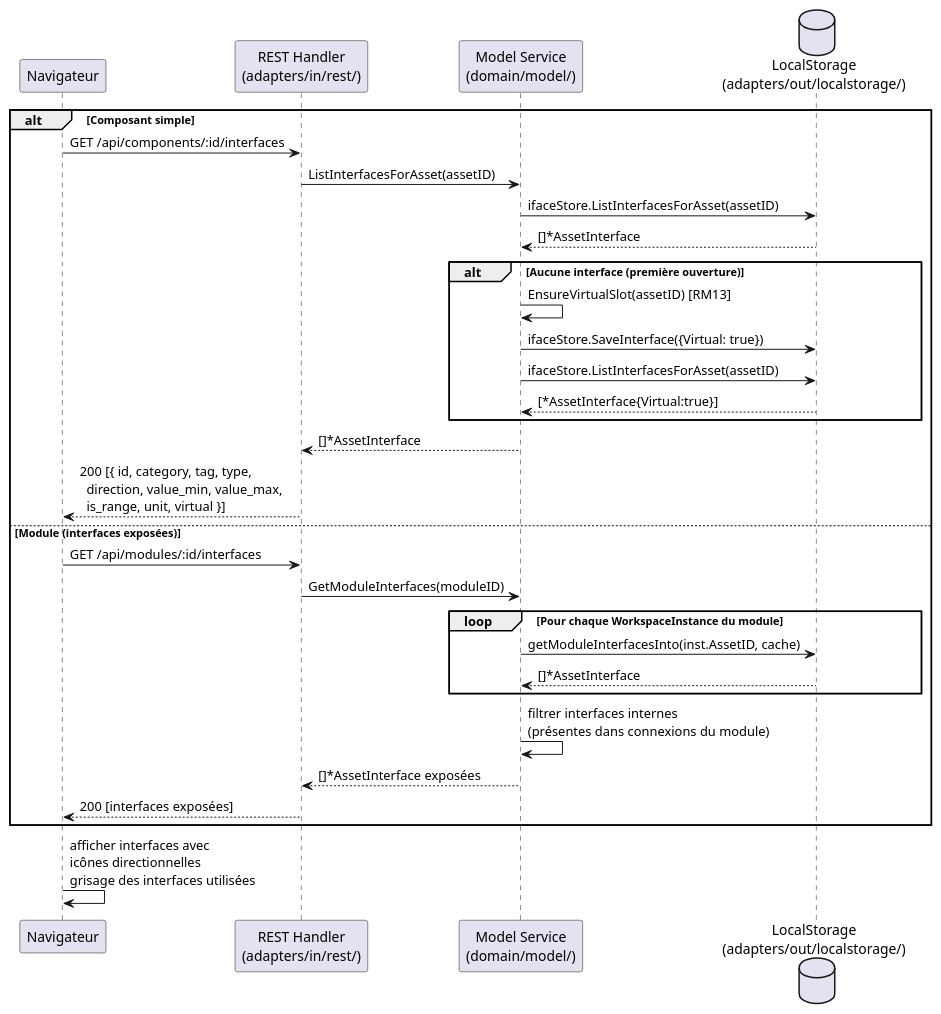
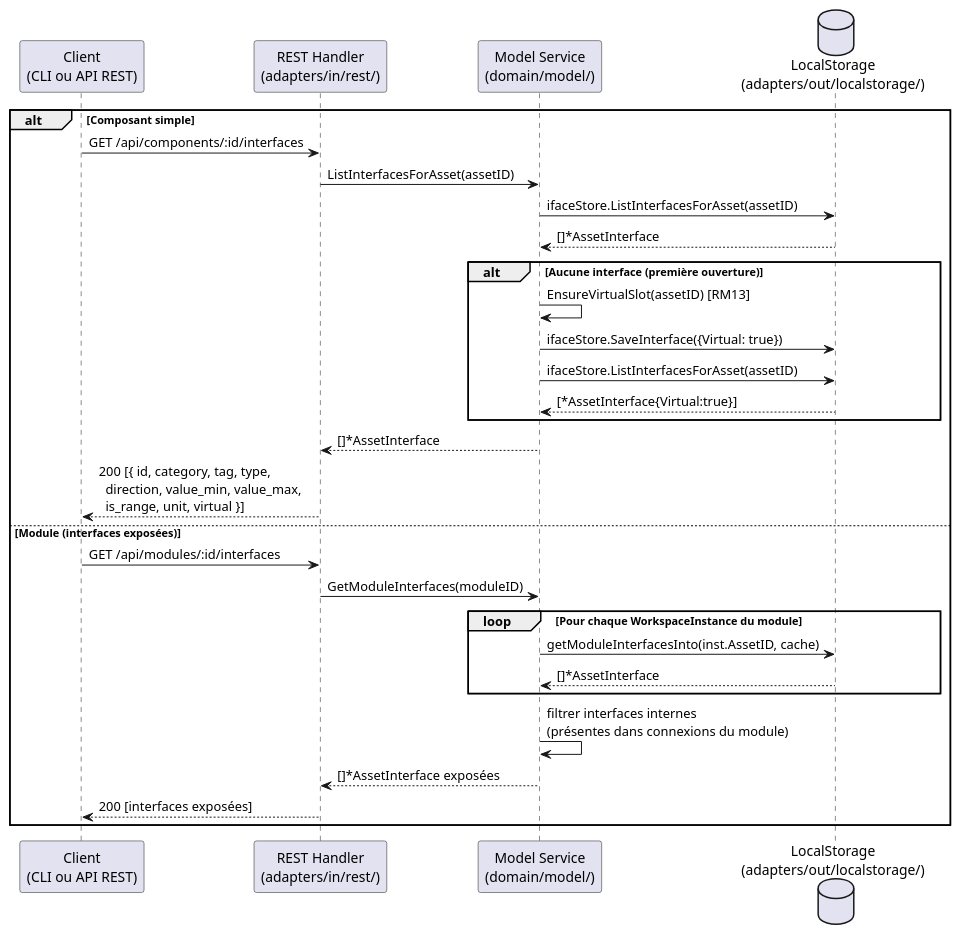
Before and after one commit to olivaux/myr: the second of 2 diagrams in specs/2-Analyse/UCAM-Atelier_Module/UCAM02.md, drawn with PlantUML. The commit also changed other lines of this file and 72 other files, not shown here.

````diff
--- a/specs/2-Analyse/UCAM-Atelier_Module/UCAM02.md
+++ b/specs/2-Analyse/UCAM-Atelier_Module/UCAM02.md
@@ -105,41 +83,38 @@
 ```plantuml
 @startuml
-participant "Navigateur" as Browser
+participant "Client\n(CLI ou API REST)" as Client
 participant "REST Handler\n(adapters/in/rest/)" as REST
 participant "Model Service\n(domain/model/)" as Service
 database "LocalStorage\n(adapters/out/localstorage/)" as Local
 
 alt Composant simple
-    Browser -> REST : GET /api/components/:id/interfaces
+    Client -> REST : GET /api/components/:id/interfaces
     REST -> Service : ListInterfacesForAsset(assetID)
     Service -> Local : ifaceStore.ListInterfacesForAsset(assetID)
     Local --> Service : []*AssetInterface
 
     alt Aucune interface (première ouverture)
         Service -> Service : EnsureVirtualSlot(assetID) [RM13]
         Service -> Local : ifaceStore.SaveInterface({Virtual: true})
         Service -> Local : ifaceStore.ListInterfacesForAsset(assetID)
         Local --> Service : [*AssetInterface{Virtual:true}]
     end
 
     Service --> REST : []*AssetInterface
-    REST --> Browser : 200 [{ id, category, tag, type,\n  direction, value_min, value_max,\n  is_range, unit, virtual }]
+    REST --> Client : 200 [{ id, category, tag, type,\n  direction, value_min, value_max,\n  is_range, unit, virtual }]
 
 else Module (interfaces exposées)
-    Browser -> REST : GET /api/modules/:id/interfaces
+    Client -> REST : GET /api/modules/:id/interfaces
     REST -> Service : GetModuleInterfaces(moduleID)
 
     loop Pour chaque WorkspaceInstance du module
         Service -> Local : getModuleInterfacesInto(inst.AssetID, cache)
         Local --> Service : []*AssetInterface
     end
 
     Service -> Service : filtrer interfaces internes\n(présentes dans connexions du module)
     Service --> REST : []*AssetInterface exposées
-    REST --> Browser : 200 [interfaces exposées]
+    REST --> Client : 200 [interfaces exposées]
 end
-
-Browser -> Browser : afficher interfaces avec\nicônes directionnelles\ngrisage des interfaces utilisées
-
 @enduml
 ```
````
